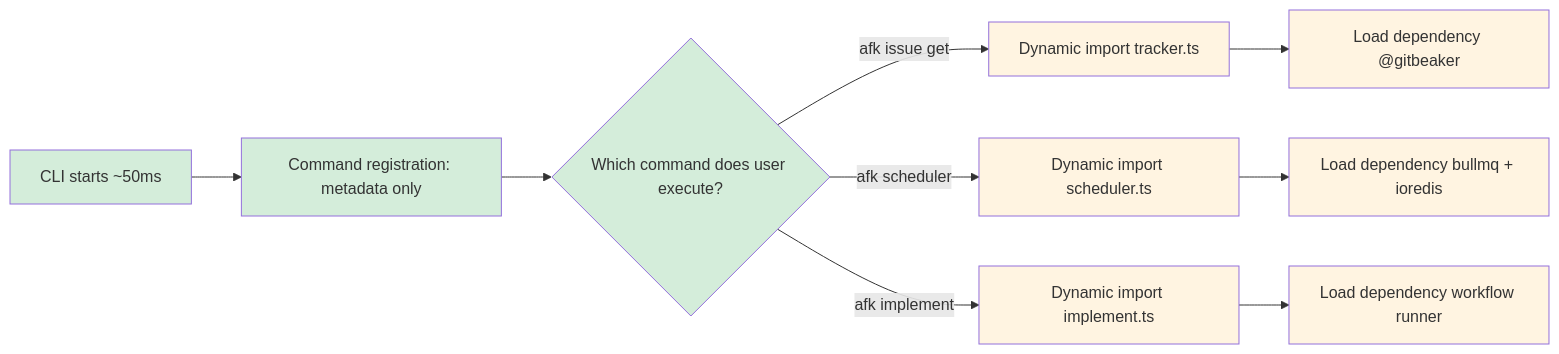
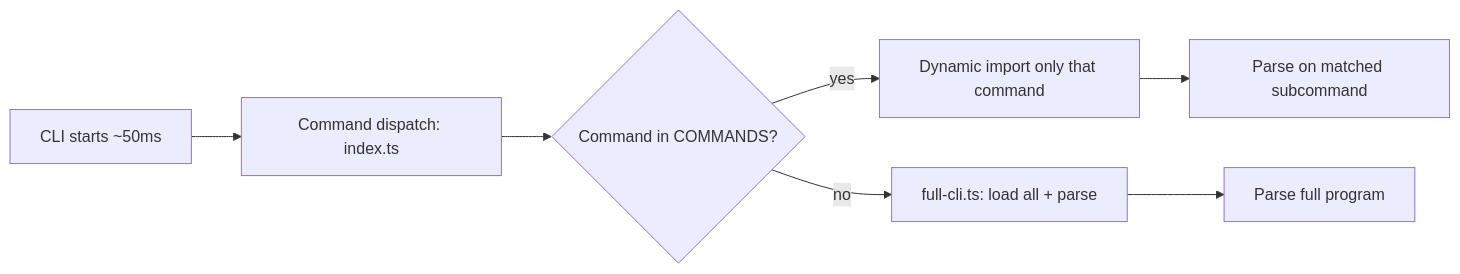
One commit to easyhaloo/afk changed diagram 11 of 13 in docs/ARCHITECTURE.md. Above: the diagram before and after it, drawn with Mermaid. The commit also changed other lines of this file and 6 other files, not shown here.

First line of the commit message:
refactor: align ARCHITECTURE docs with actual implementation

````diff
--- a/docs/ARCHITECTURE.md
+++ b/docs/ARCHITECTURE.md
@@ -568,17 +649,9 @@
 ```mermaid
 graph LR
-    A["CLI starts ~50ms"] --> B["Command registration: metadata only"]
-    B --> C{"Which command does user execute?"}
-    C -->|afk issue get| D["Dynamic import tracker.ts"]
-    C -->|afk scheduler| E["Dynamic import scheduler.ts"]
-    C -->|afk implement| F["Dynamic import implement.ts"]
-
-    D --> G["Load dependency @gitbeaker"]
-    E --> H["Load dependency bullmq + ioredis"]
-    F --> I["Load dependency workflow runner"]
-
-    classDef fast fill:#d4edda
-    classDef lazy fill:#fff4e1
-    class A,B,C fast
-    class D,E,F,G,H,I lazy
+    A["CLI starts ~50ms"] --> B["Command dispatch: index.ts"]
+    B --> C{"Command in COMMANDS?"}
+    C -->|yes| D["Dynamic import only that command"]
+    C -->|no| F["full-cli.ts: load all + parse"]
+    D --> E["Parse on matched subcommand"]
+    F --> G["Parse full program"]
 ```
````
